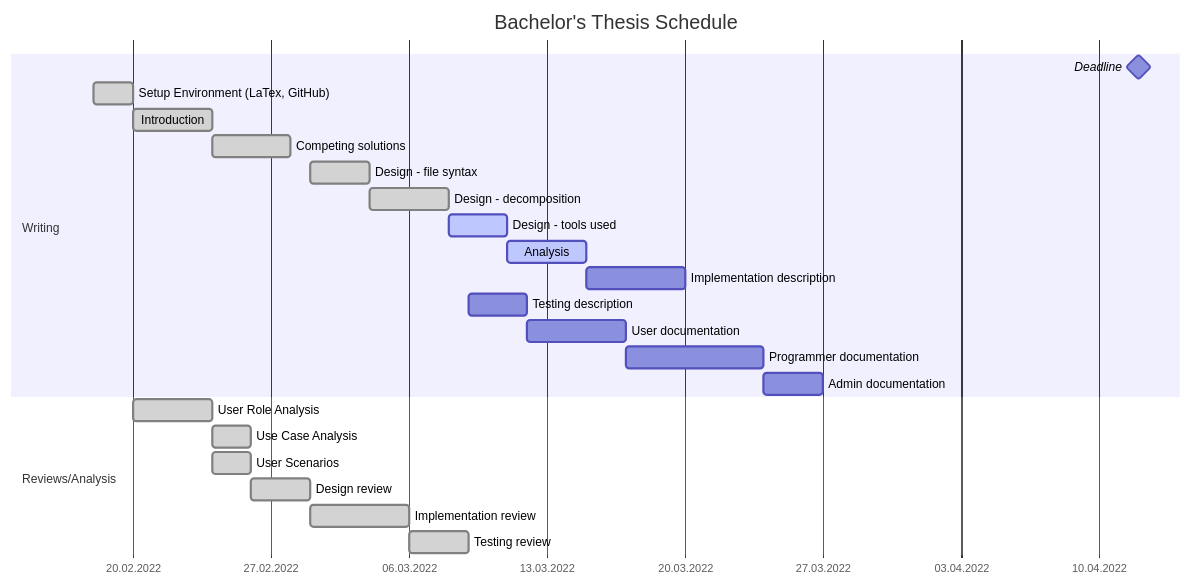
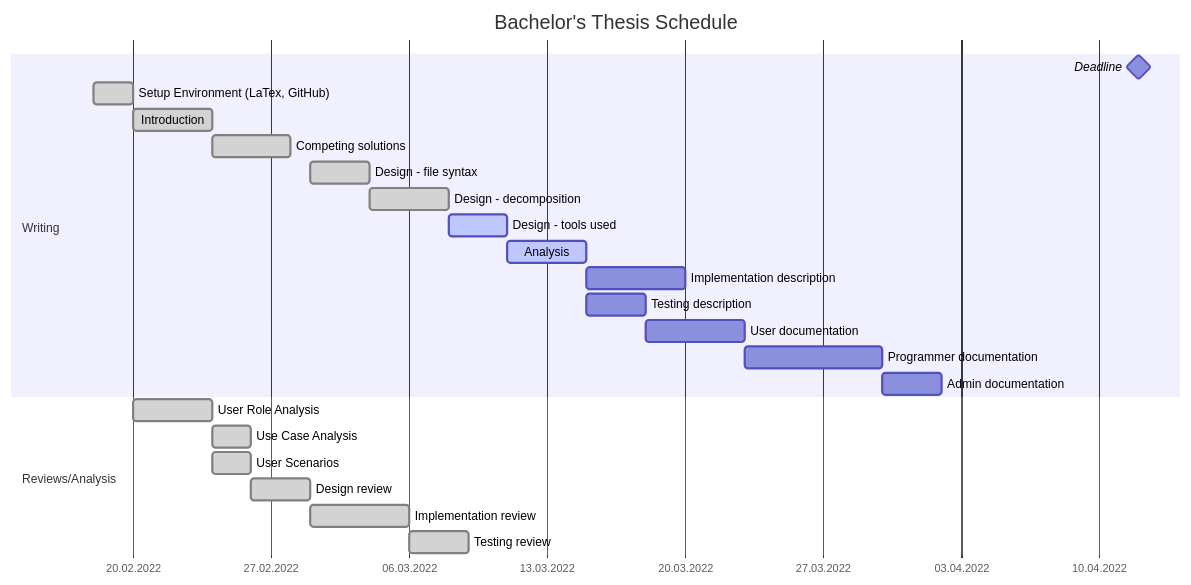
Before and after one commit to barjin/bachelor-thesis: the diagram in schedule.md, drawn with Mermaid.

Commit message:
schedule update

````diff
--- a/schedule.md
+++ b/schedule.md
@@ -4,31 +4,31 @@
 ```mermaid
 gantt
     title Bachelor's Thesis Schedule
     dateFormat DD.MM.YYYY
     axisFormat %d.%m.%Y
 
     section Writing
     Deadline: milestone, 12.04.2022, 0d
 
     Setup Environment (LaTex, GitHub): done, environment, 18.02.2022, 2d
     Introduction: done, introduction, after environment, 4d
     Competing solutions: done, 4d
     Design - file syntax: done, syntax, after design_review, 3d
     Design - decomposition: done, decomp, after syntax, 4d
     Design - tools used: active, tools, after decomp, 3d
     Analysis: active, analysis, after tools, 4d
     Implementation description: after analysis, 5d
-    Testing description: after tests_review, 3d
+    Testing description: after analysis, 3d
     User documentation: 5d
     Programmer documentation:7d
     Admin documentation: 3d
 
     section Reviews/Analysis
 
     User Role Analysis: done, analysis_roles, after environment, 4d
     Use Case Analysis: done, after analysis_roles, 2d
     User Scenarios: done, analysis_scenarios, after analysis_roles, 2d
     Design review: done, design_review, after analysis_scenarios, 3d
     Implementation review: done, implementation_review, after design_review, 5d
     Testing review: done, tests_review, after implementation_review, 3d 
 ```
````
